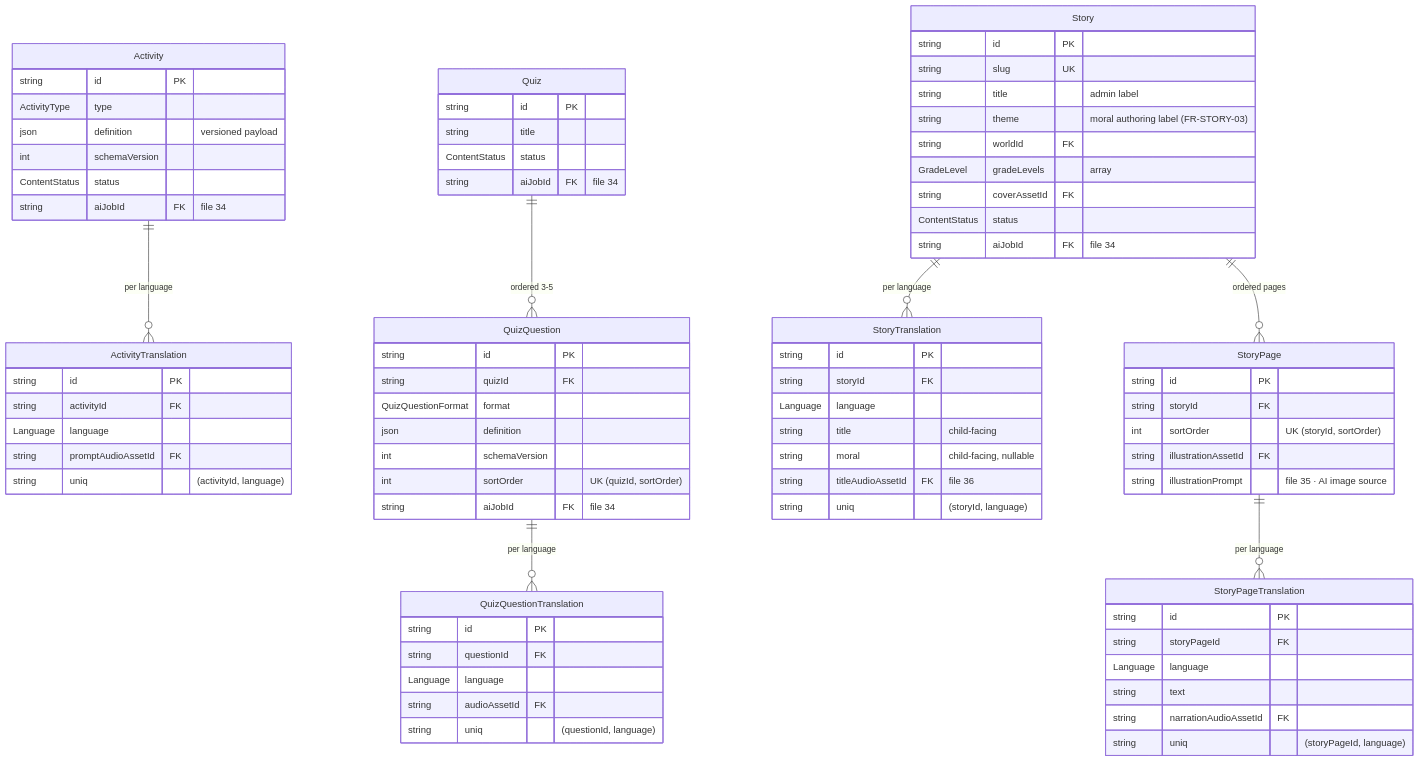
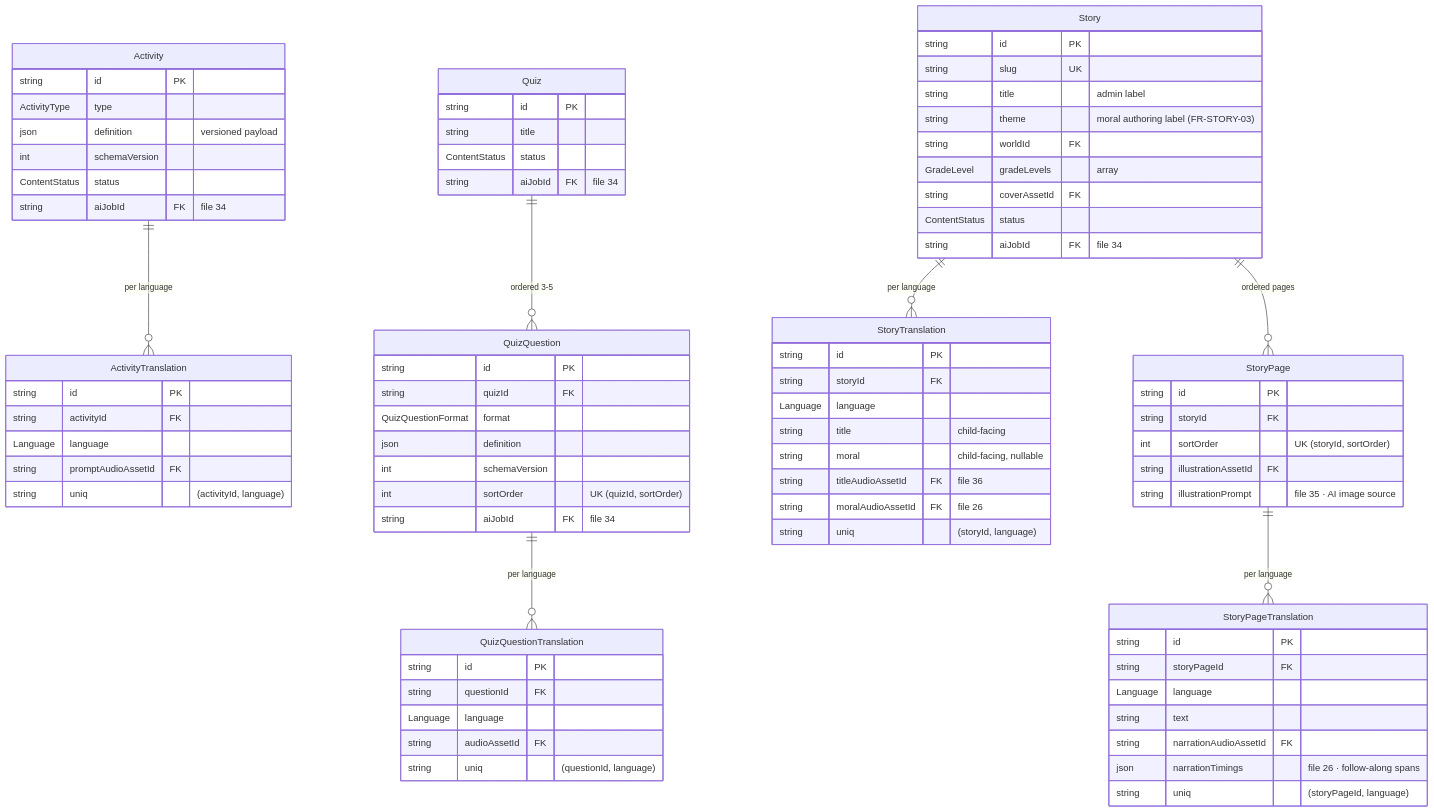
One commit to salmanbd100/kidlearn changed the fourth of 7 diagrams in document/database-design.md. Above: the diagram before and after it, drawn with Mermaid. The commit also changed other lines of this file and 43 other files, not shown here.

````diff
--- a/document/database-design.md
+++ b/document/database-design.md
@@ -419,6 +423,7 @@
         string title "child-facing"
         string moral "child-facing, nullable"
         string titleAudioAssetId FK "file 36"
+        string moralAudioAssetId FK "file 26"
         string uniq "(storyId, language)"
     }
     StoryPage {
@@ -434,6 +439,7 @@
         Language language
         string text
         string narrationAudioAssetId FK
+        json narrationTimings "file 26 · follow-along spans"
         string uniq "(storyPageId, language)"
     }
 ```
````
